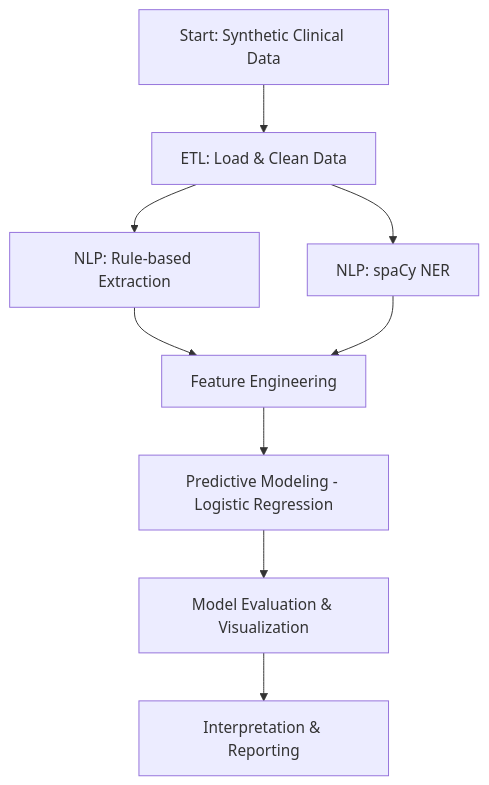
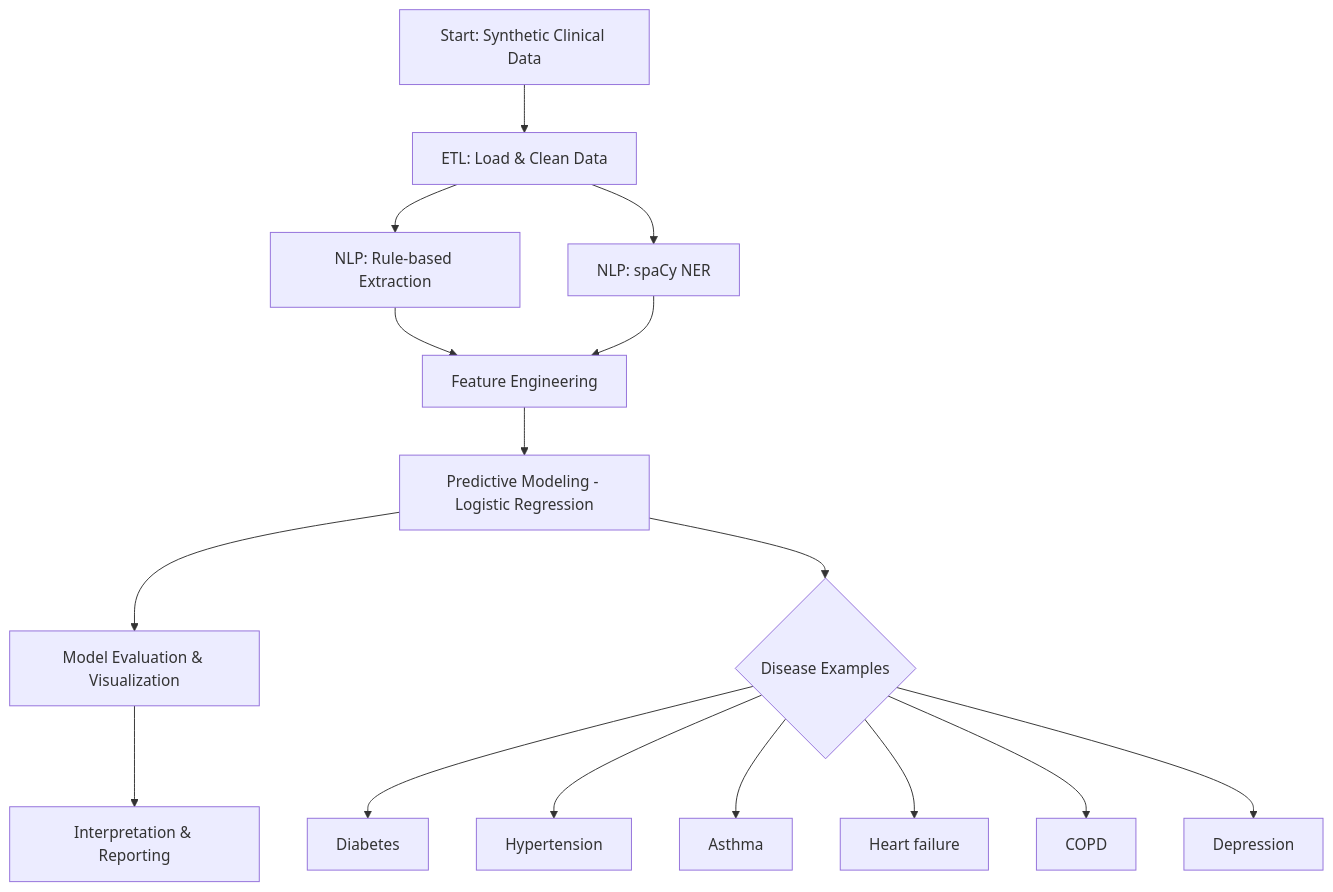
One commit to justin-mbca/clinical-nlp-portfolio changed the diagram in README.md. Above: the diagram before and after it, drawn with Mermaid. The commit also changed 1 other file, not shown here.

Commit message:
Update advanced NLP features and notebook workflow

````diff
--- a/README.md
+++ b/README.md
@@ -12,11 +12,18 @@
 ```mermaid
 flowchart TD
 	A[Start: Synthetic Clinical Data] --> B[ETL: Load & Clean Data]
 	B --> C[NLP: Rule-based Extraction]
 	B --> D[NLP: spaCy NER]
 	C --> E[Feature Engineering]
 	D --> E
 	E --> F[Predictive Modeling - Logistic Regression]
 	F --> G[Model Evaluation & Visualization]
 	G --> H[Interpretation & Reporting]
+	F --> I{Disease Examples}
+	I --> J[Diabetes]
+	I --> K[Hypertension]
+	I --> L[Asthma]
+	I --> M[Heart failure]
+	I --> N[COPD]
+	I --> O[Depression]
 ```
````
